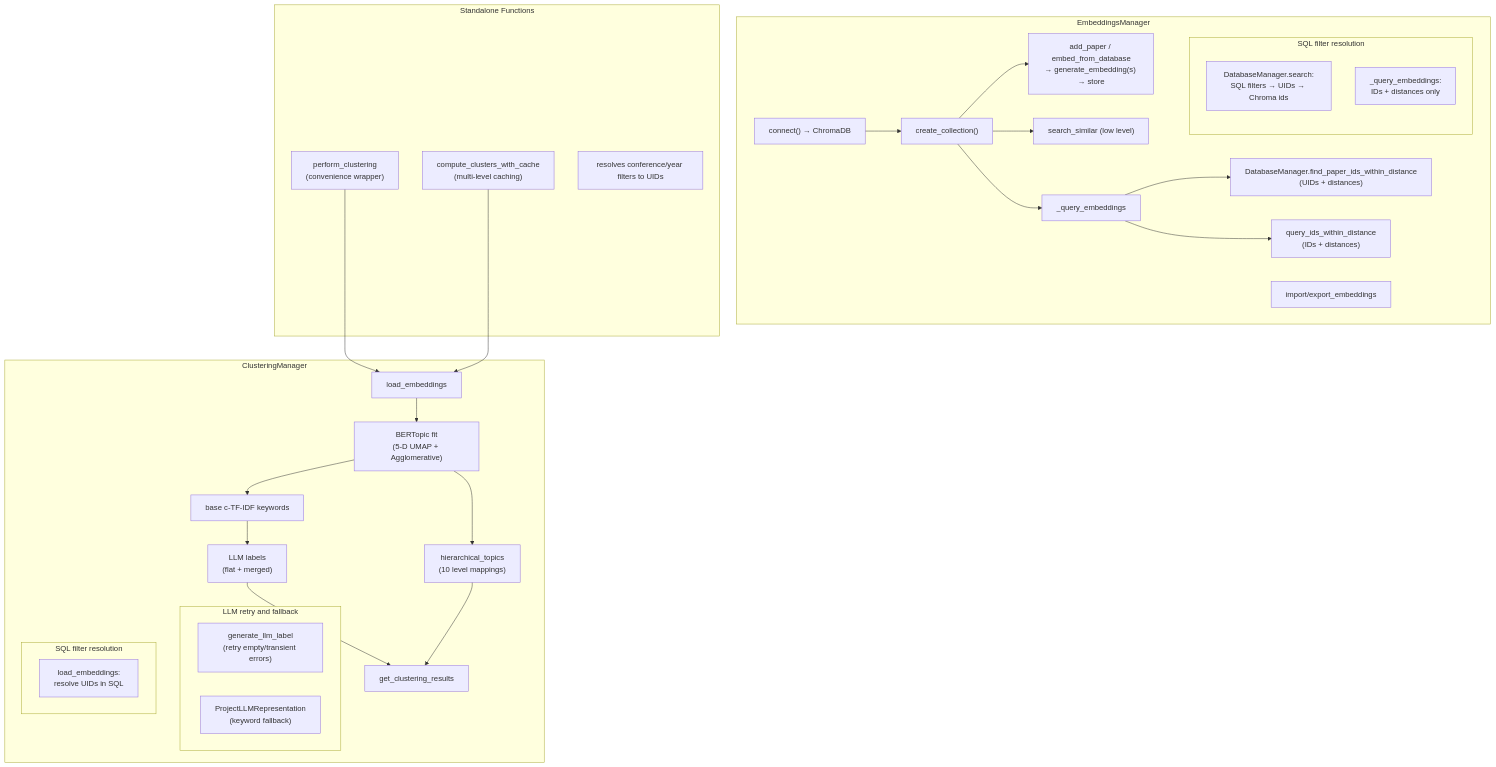
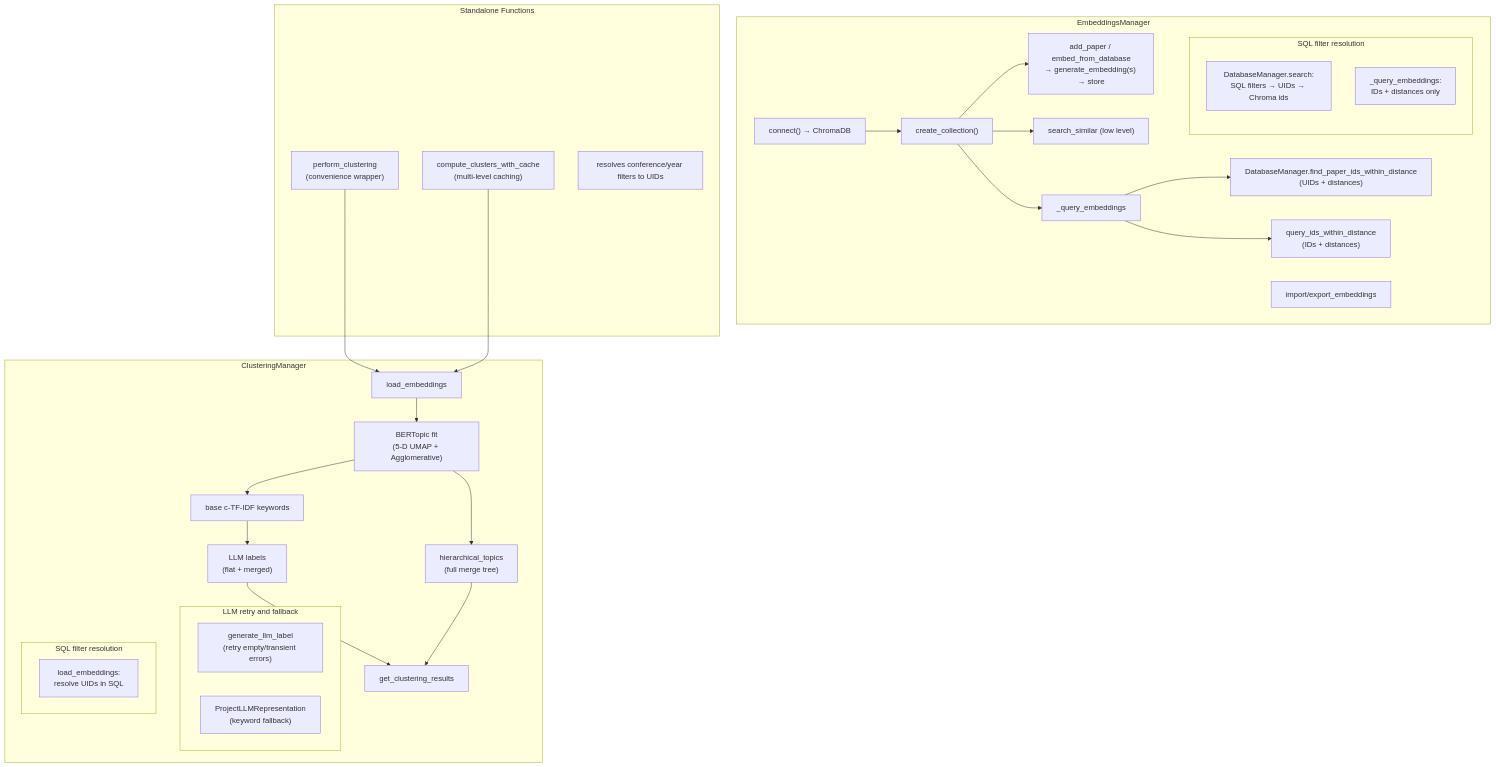
The fifth of 9 diagrams in docs/architecture.md (thawn/abstracts-explorer), drawn with Mermaid before and after one commit. The commit also changed other lines of this file and 23 other files, not shown here.

````diff
--- a/docs/architecture.md
+++ b/docs/architecture.md
@@ -283,57 +283,57 @@
 ```{mermaid}
 graph TD
     subgraph "EmbeddingsManager"
         ECONN["connect() → ChromaDB"]
         ECOL["create_collection()"]
         EADD["add_paper / embed_from_database<br/>→ generate_embedding(s) → store"]
         ESRCH["search_similar (low level)"]
         EQRY["_query_embeddings"]
         EFIND["DatabaseManager.find_paper_ids_within_distance<br/>(UIDs + distances)"]
         EQUERY["query_ids_within_distance<br/>(IDs + distances)"]
         EIMP["import/export_embeddings"]
 
         subgraph "SQL filter resolution"
             W1["DatabaseManager.search:<br/>SQL filters → UIDs → Chroma ids"]
             W2["_query_embeddings:<br/>IDs + distances only"]
         end
     end
 
     subgraph "ClusteringManager"
         CLOAD["load_embeddings"]
         CUMAP["BERTopic fit<br/>(5-D UMAP + Agglomerative)"]
         CKEYS["base c-TF-IDF keywords"]
         CLBL["LLM labels<br/>(flat + merged)"]
-        CHRCH["hierarchical_topics<br/>(10 level mappings)"]
+        CHRCH["hierarchical_topics<br/>(full merge tree)"]
         CRES["get_clustering_results"]
 
         subgraph "LLM retry and fallback"
             L1["generate_llm_label<br/>(retry empty/transient errors)"]
             L2["ProjectLLMRepresentation<br/>(keyword fallback)"]
         end
 
         subgraph "SQL filter resolution"
             W3["load_embeddings:<br/>resolve UIDs in SQL"]
         end
     end
 
     subgraph "Standalone Functions"
         PF["perform_clustering<br/>(convenience wrapper)"]
         CWC["compute_clusters_with_cache<br/>(multi-level caching)"]
         W4["resolves conference/year filters to UIDs"]
     end
 
     ECONN --> ECOL --> EADD
     ECOL --> ESRCH
     ECOL --> EQRY
     EQRY --> EFIND
     EQRY --> EQUERY
     CLOAD --> CUMAP --> CKEYS --> CLBL
     CUMAP --> CHRCH
     CLBL --> CRES
     CHRCH --> CRES
 
     PF --> CLOAD
     CWC --> CLOAD
 
 
 ```
````
